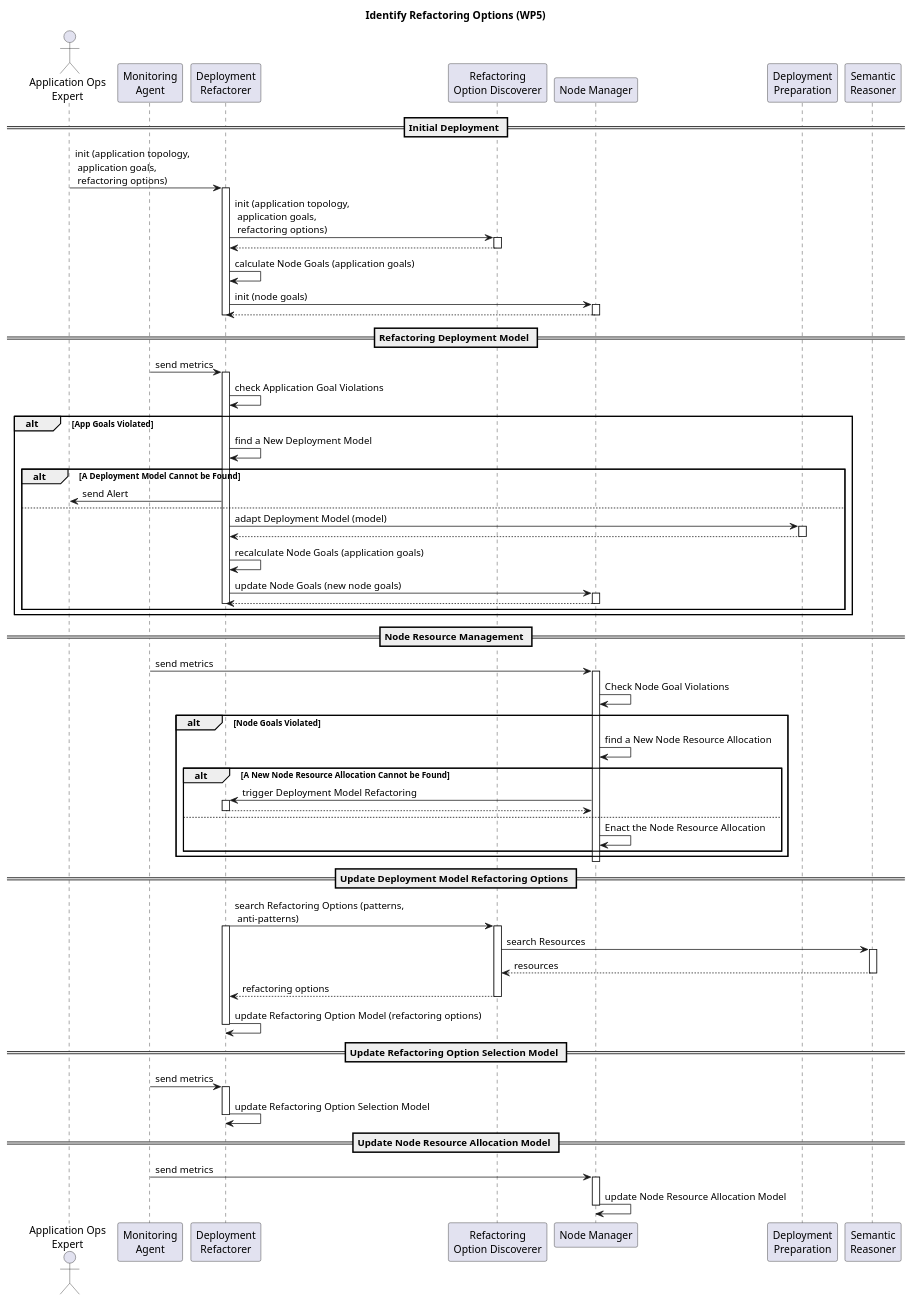
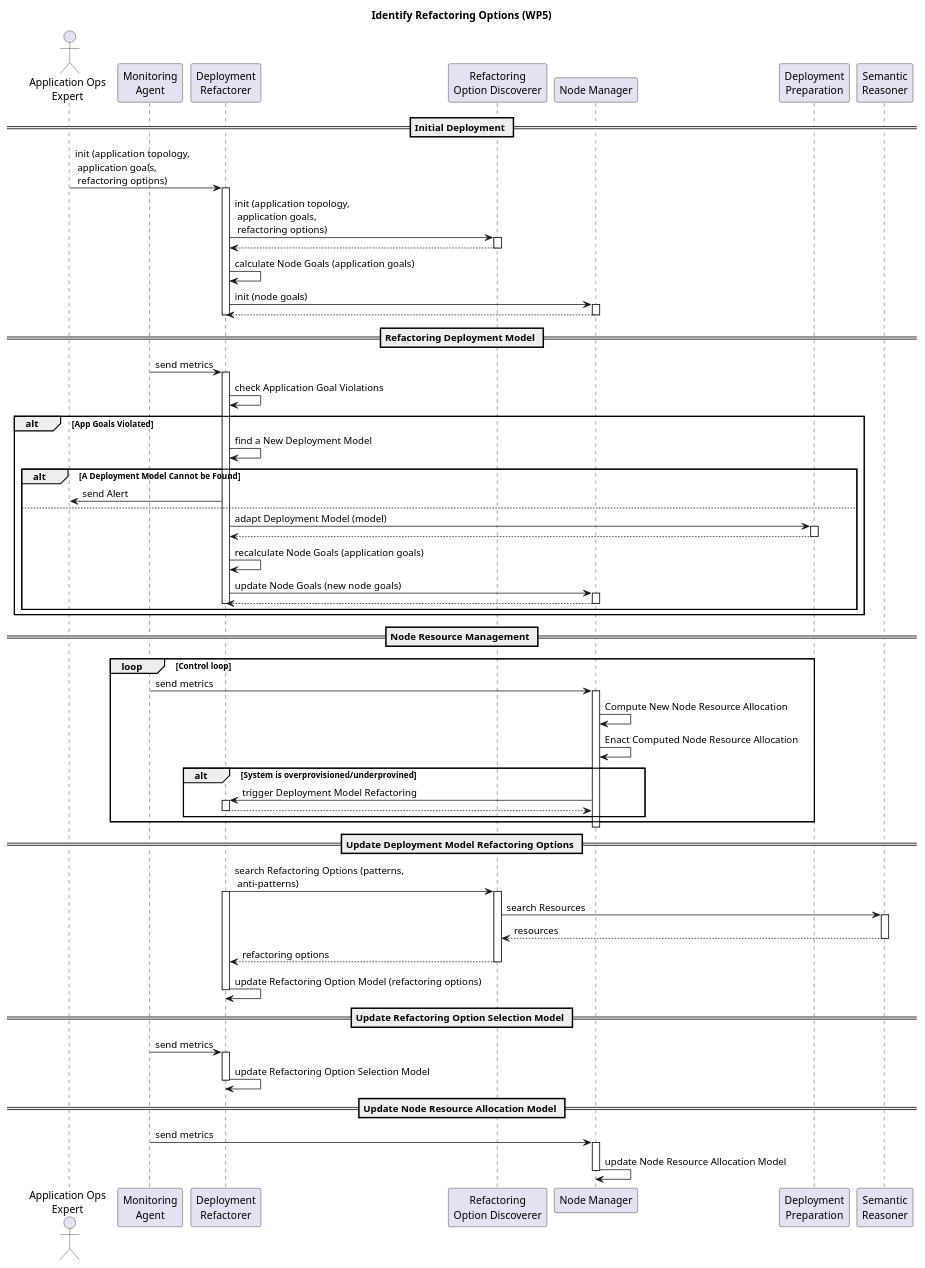
Before and after one commit to SODALITE-EU/project-wide-documentation: the diagram in uml/sequence-diagrams/UC-09-IdentifyRefactoringOptions-WP5.puml, drawn with PlantUML.

```diff
--- a/uml/sequence-diagrams/UC-09-IdentifyRefactoringOptions-WP5.puml
+++ b/uml/sequence-diagrams/UC-09-IdentifyRefactoringOptions-WP5.puml
@@ -1,96 +1,93 @@
 @startuml
-
 title Identify Refactoring Options (WP5)
 
 actor "Application Ops\nExpert" as ops
 participant “Monitoring\nAgent” as ma
 participant “Deployment\nRefactorer” as dr
 participant “Refactoring\nOption Discoverer” as rof
 participant “Node Manager” as nm
 participant “Deployment\nPreparation” as orch
 participant "Semantic\nReasoner" as reasoner
 
 == Initial Deployment ==
 
 ops -> dr: init (application topology,\n application goals,\n refactoring options)
 activate dr
 dr -> rof: init (application topology,\n application goals,\n refactoring options)
 activate rof
 rof --> dr
 deactivate rof
 dr -> dr: calculate Node Goals (application goals)
 dr -> nm: init (node goals)
 activate nm
 nm --> dr
 deactivate nm
 deactivate dr
 
 == Refactoring Deployment Model ==
 ma-> dr: send metrics
 activate dr
 dr -> dr : check Application Goal Violations
 alt App Goals Violated
 dr -> dr: find a New Deployment Model
    alt A Deployment Model Cannot be Found
        dr -> ops: send Alert
    else
        'dr-> dr: generate Adaptation Plan (\ncurrent model, new model)
        dr -> orch: adapt Deployment Model (model)
        activate orch
        'orch->orch: enact Adaptation Plan
        orch --> dr
        deactivate orch
        dr -> dr: recalculate Node Goals (application goals)
        dr -> nm: update Node Goals (new node goals)
        activate nm
        nm --> dr
        deactivate nm
        deactivate dr
    end
 end
 
 == Node Resource Management ==
 
+loop Control loop
 ma-> nm: send metrics
 activate nm
-nm -> nm : Check Node Goal Violations
-alt Node Goals Violated
-nm -> nm: find a New Node Resource Allocation
-   alt  A New Node Resource Allocation Cannot be Found
+nm -> nm: Compute New Node Resource Allocation
+   nm -> nm: Enact Computed Node Resource Allocation
+   alt  System is overprovisioned/underprovined
        nm -> dr: trigger Deployment Model Refactoring
        activate dr
        dr --> nm:
        deactivate dr
-   else
-       nm -> nm: Enact the Node Resource Allocation
    end
 end
 deactivate nm
 
 == Update Deployment Model Refactoring Options ==
 
 dr -> rof: search Refactoring Options (patterns,\n anti-patterns)
 activate dr
 activate rof
 rof -> reasoner: search Resources
 activate reasoner
 reasoner --> rof: resources
 deactivate reasoner
 rof --> dr:  refactoring options
 deactivate rof
 dr -> dr: update Refactoring Option Model (refactoring options)
 deactivate dr
 
 == Update Refactoring Option Selection Model ==
 ma-> dr: send metrics
 activate dr
 dr -> dr: update Refactoring Option Selection Model
 
 deactivate dr
 
 == Update Node Resource Allocation Model ==
 ma-> nm: send metrics
 activate nm
 nm -> nm: update Node Resource Allocation Model
 deactivate nm
 @enduml
```
